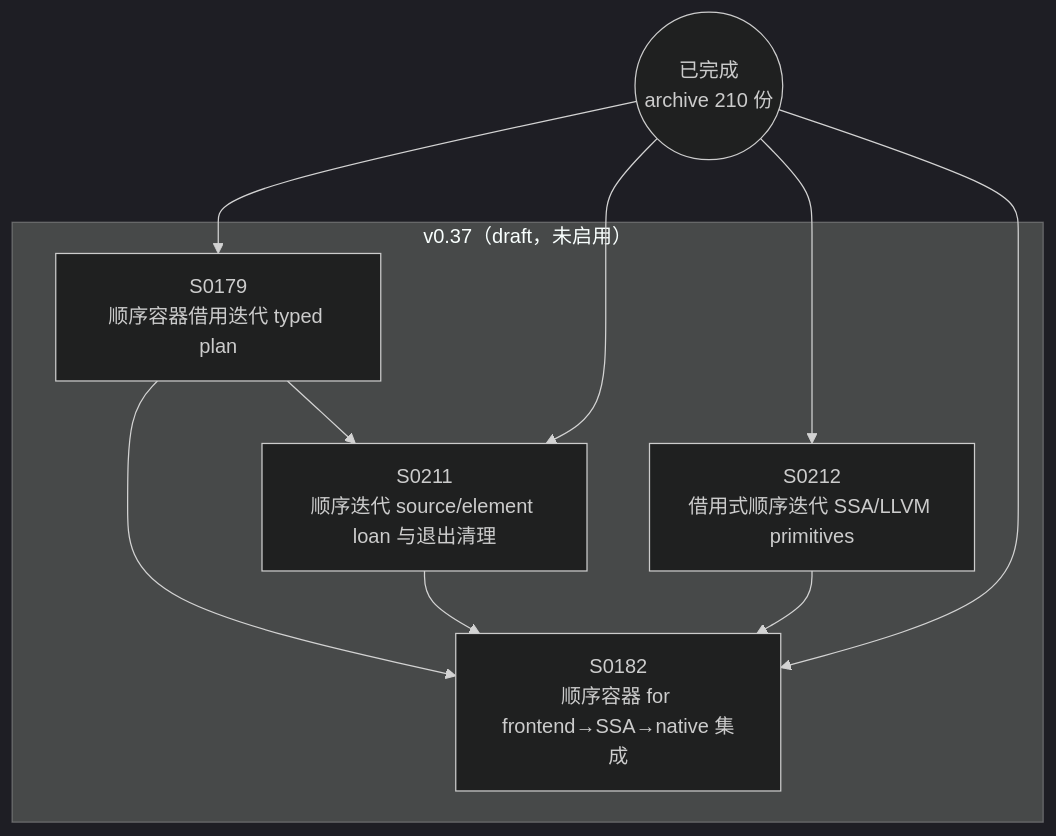
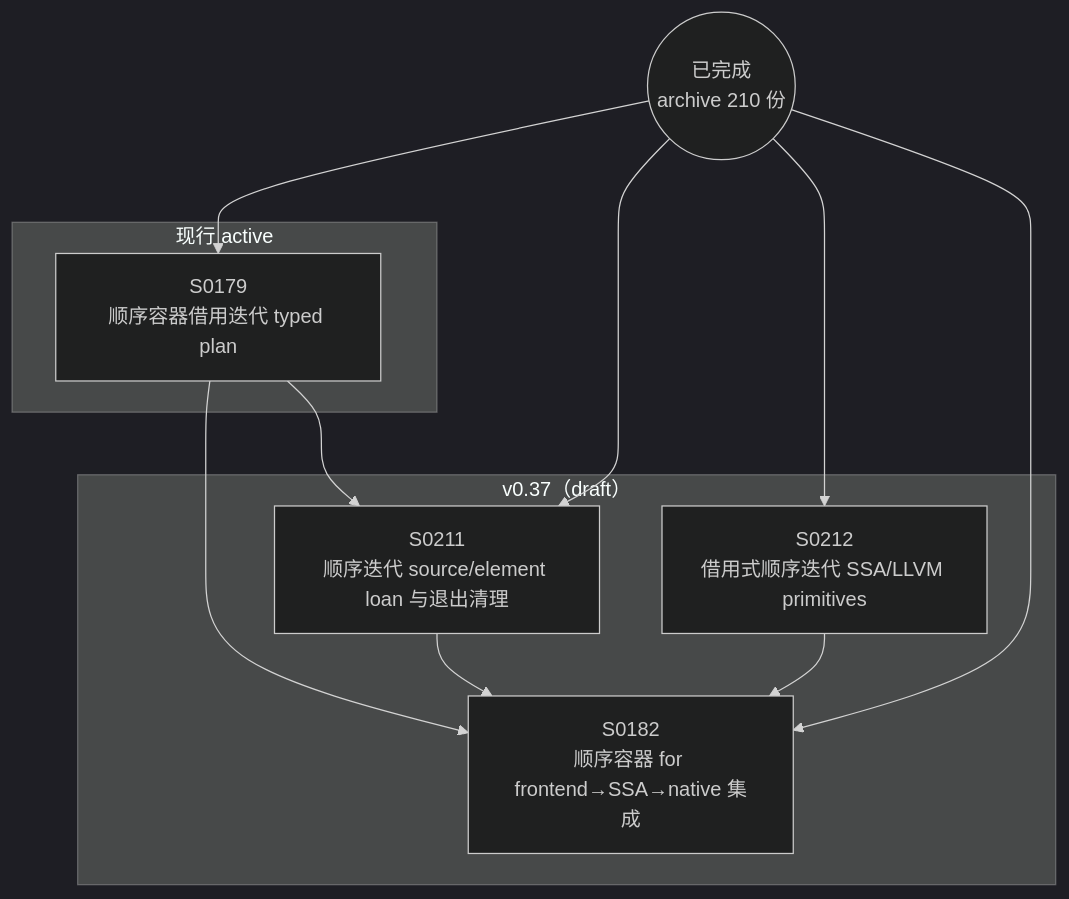
Before and after one commit to Halckon/Koven: the diagram in docs/specs/dependency-graph.md, drawn with Mermaid (dark theme). The commit also changed other lines of this file and 43 other files, not shown here.

````diff
--- a/docs/specs/dependency-graph.md
+++ b/docs/specs/dependency-graph.md
@@ -9,18 +9,20 @@
 ```mermaid
 flowchart TD
 ARCH(("已完成<br/>archive 210 份"))
-subgraph Gdrafts_v037["v0.37（draft，未启用）"]
+subgraph Gactive["现行 active"]
   S0179["S0179<br/>顺序容器借用迭代 typed plan"]
+end
+subgraph Gdrafts_v037["v0.37（draft）"]
   S0182["S0182<br/>顺序容器 for frontend→SSA→native 集成"]
   S0211["S0211<br/>顺序迭代 source/element loan 与退出清理"]
   S0212["S0212<br/>借用式顺序迭代 SSA/LLVM primitives"]
 end
 S0179 --> S0182
 S0179 --> S0211
 S0211 --> S0182
 S0212 --> S0182
 ARCH --> S0179
 ARCH --> S0182
 ARCH --> S0211
 ARCH --> S0212
 ```
````
